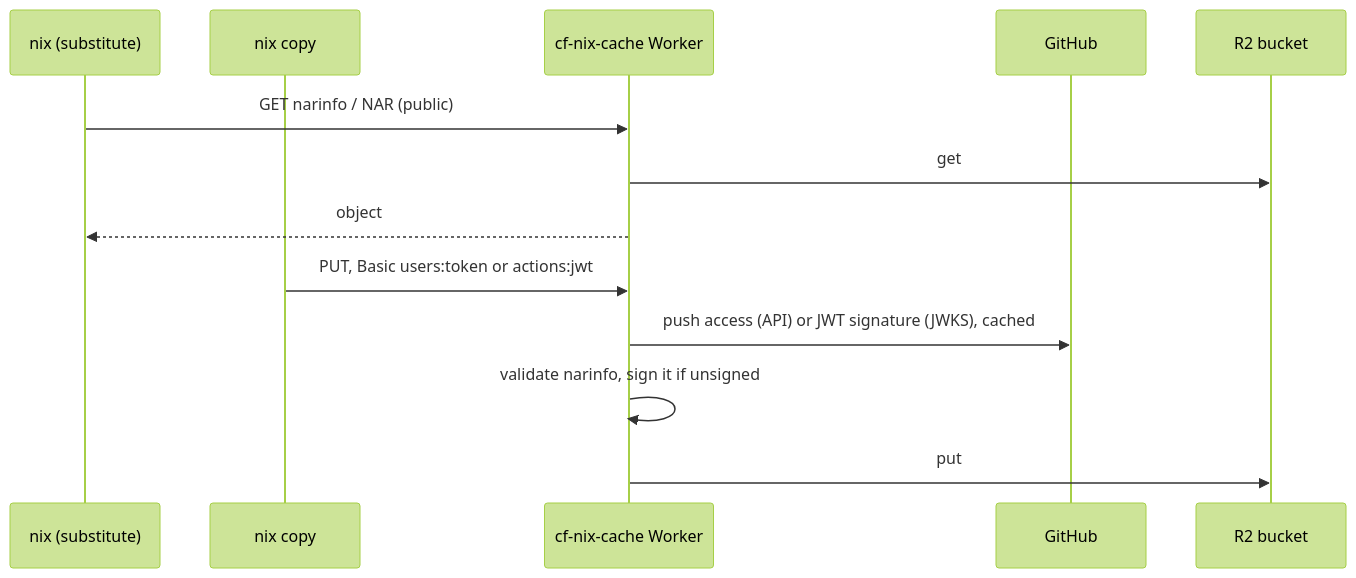
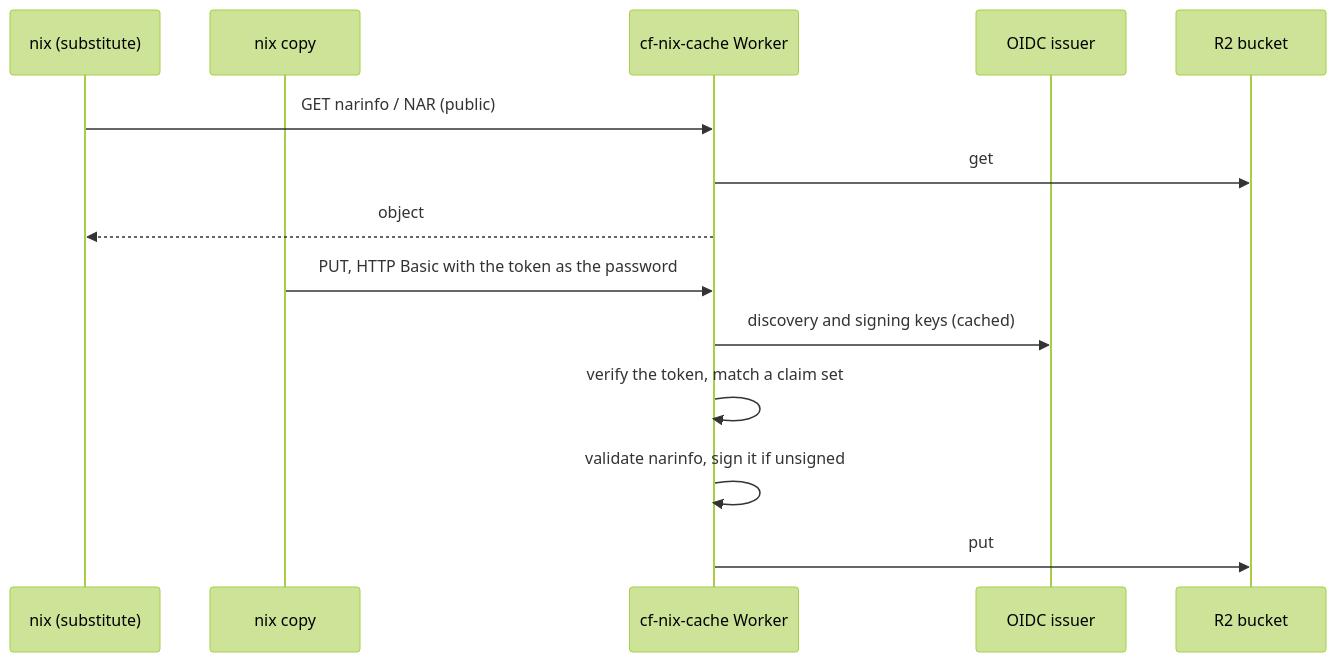
One commit to cf-contrib/cf-nix changed the diagram in README.md. Above: the diagram before and after it, drawn with Mermaid (forest theme). The commit also changed other lines of this file and 37 other files, not shown here.

````diff
--- a/README.md
+++ b/README.md
@@ -39,16 +27,17 @@
 ```mermaid
 sequenceDiagram
     participant Reader as nix (substitute)
     participant Uploader as nix copy
     participant Worker as cf-nix-cache Worker
-    participant GitHub as GitHub
+    participant Issuer as OIDC issuer
     participant R2 as R2 bucket
 
     Reader->>Worker: GET narinfo / NAR (public)
     Worker->>R2: get
     Worker-->>Reader: object
-    Uploader->>Worker: PUT, Basic users:token or actions:jwt
-    Worker->>GitHub: push access (API) or JWT signature (JWKS), cached
+    Uploader->>Worker: PUT, HTTP Basic with the token as the password
+    Worker->>Issuer: discovery and signing keys (cached)
+    Worker->>Worker: verify the token, match a claim set
     Worker->>Worker: validate narinfo, sign it if unsigned
     Worker->>R2: put
 ```
````
